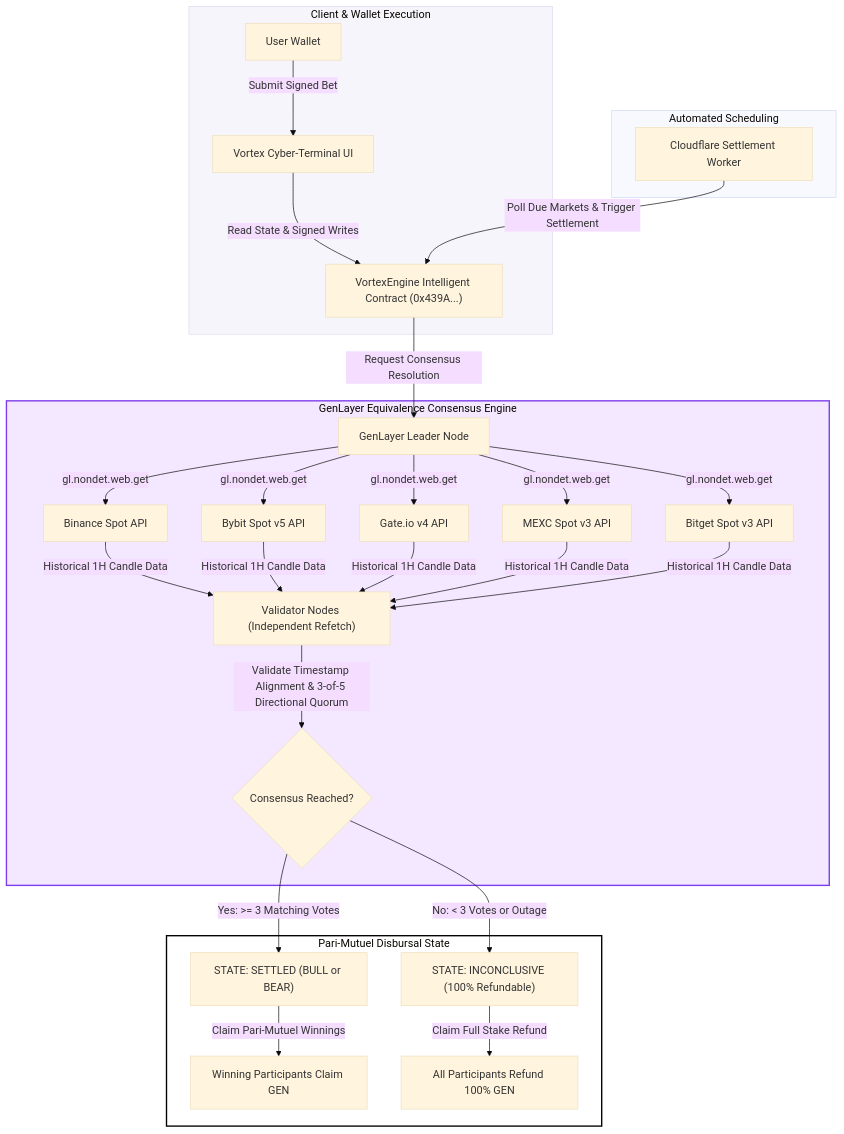
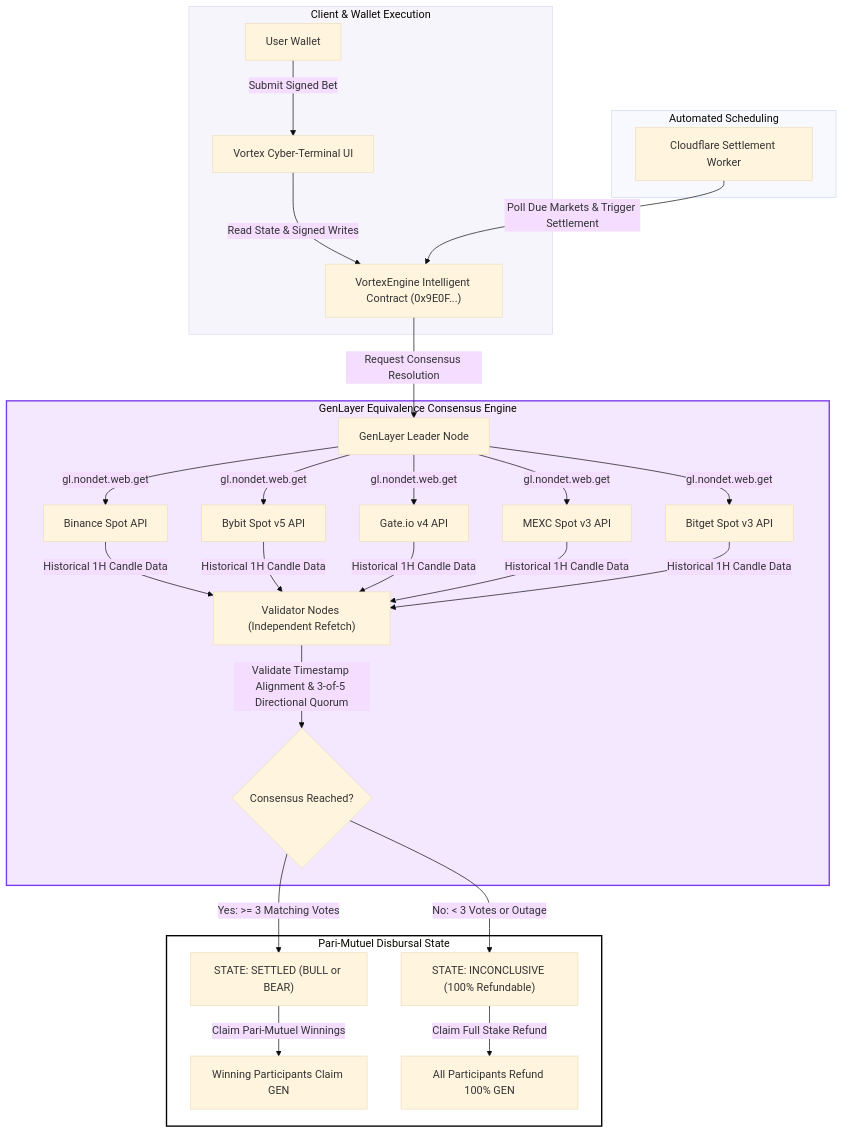
One commit to k-beee/vortex-protocol changed the diagram in README.md. Above: the diagram before and after it, drawn with Mermaid (base theme). The commit also changed other lines of this file and 7 other files, not shown here.

````diff
--- a/README.md
+++ b/README.md
@@ -26,36 +27,36 @@
 ```mermaid
 flowchart TD
     subgraph Client_Layer ["Client & Wallet Execution"]
         U1["User Wallet"] -->|Submit Signed Bet| F["Vortex Cyber-Terminal UI"]
-        F -->|Read State & Signed Writes| C1["VortexEngine Intelligent Contract (0x439A...)"]
+        F -->|Read State & Signed Writes| C1["VortexEngine Intelligent Contract (0x9E0F...)"]
     end
 
     subgraph Automation_Layer ["Automated Scheduling"]
         W["Cloudflare Settlement Worker"] -->|Poll Due Markets & Trigger Settlement| C1
     end
 
     subgraph Consensus_Layer ["GenLayer Equivalence Consensus Engine"]
         C1 -->|Request Consensus Resolution| G1["GenLayer Leader Node"]
         G1 -->|gl.nondet.web.get| E1["Binance Spot API"]
         G1 -->|gl.nondet.web.get| E2["Bybit Spot v5 API"]
         G1 -->|gl.nondet.web.get| E3["Gate.io v4 API"]
         G1 -->|gl.nondet.web.get| E4["MEXC Spot v3 API"]
         G1 -->|gl.nondet.web.get| E5["Bitget Spot v3 API"]
 
         E1 & E2 & E3 & E4 & E5 -->|Historical 1H Candle Data| V1["Validator Nodes (Independent Refetch)"]
         
         V1 -->|Validate Timestamp Alignment & 3-of-5 Directional Quorum| Q{"Consensus Reached?"}
     end
 
     subgraph Settlement_Layer ["Pari-Mutuel Disbursal State"]
         Q -->|Yes: >= 3 Matching Votes| S1["STATE: SETTLED (BULL or BEAR)"]
         Q -->|No: < 3 Votes or Outage| S2["STATE: INCONCLUSIVE (100% Refundable)"]
         
         S1 -->|Claim Pari-Mutuel Winnings| W1["Winning Participants Claim GEN"]
         S2 -->|Claim Full Stake Refund| W2["All Participants Refund 100% GEN"]
     end
 
     style Client_Layer fill:#f7f5fc,stroke:#ddd8f0,stroke-width:1px
     style Consensus_Layer fill:#f3e8ff,stroke:#7c3aed,stroke-width:2px
     style Settlement_Layer fill:#ffffff,stroke:#000000,stroke-width:2px
 ```
````
